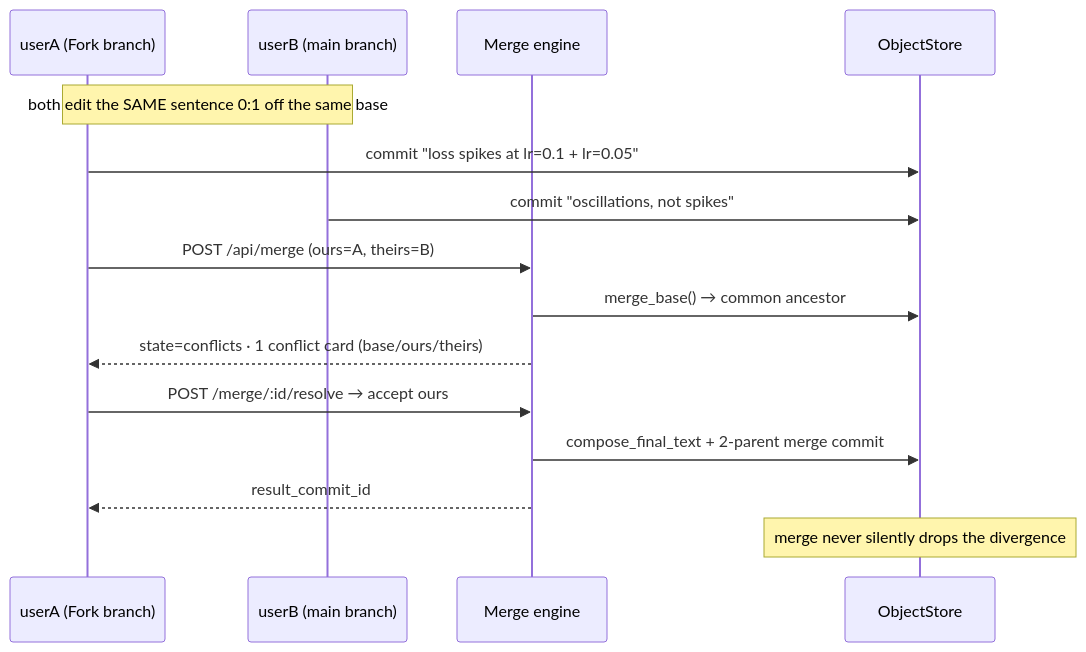
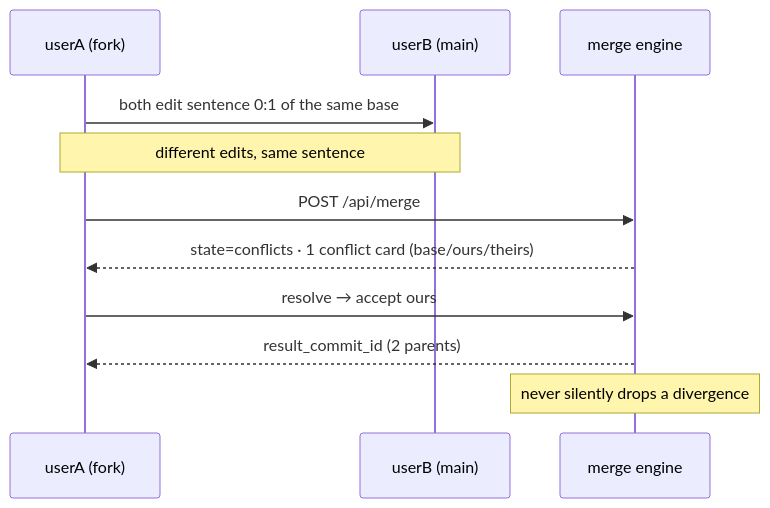
The diagram in README.md (Muneer320/ReGit), drawn with Mermaid before and after one commit. The commit also changed other lines of this file, not shown here.

First line of the commit message:
docs(README): slim it to a visual, scannable face — badges, pillar table, mermaid demo, minimal prose

````diff
--- a/README.md
+++ b/README.md
@@ -73,18 +81,13 @@
 ```mermaid
 sequenceDiagram
-    participant A as userA (Fork branch)
-    participant B as userB (main branch)
-    participant M as Merge engine
-    participant S as ObjectStore
-
-    Note over A,B: both edit the SAME sentence 0:1 off the same base
-    A->>S: commit "loss spikes at lr=0.1 + lr=0.05"
-    B->>S: commit "oscillations, not spikes"
-    A->>M: POST /api/merge (ours=A, theirs=B)
-    M->>S: merge_base() → common ancestor
-    M-->>A: state=conflicts · 1 conflict card (base/ours/theirs)
-    A->>M: POST /merge/:id/resolve → accept ours
-    M->>S: compose_final_text + 2-parent merge commit
-    M-->>A: result_commit_id
-    Note over S: merge never silently drops the divergence
+  participant A as userA (fork)
+  participant B as userB (main)
+  participant M as merge engine
+  A->>B: both edit sentence 0:1 of the same base
+  Note over A,B: different edits, same sentence
+  A->>M: POST /api/merge
+  M-->>A: state=conflicts · 1 conflict card (base/ours/theirs)
+  A->>M: resolve → accept ours
+  M-->>A: result_commit_id (2 parents)
+  Note over M: never silently drops a divergence
 ```
````
